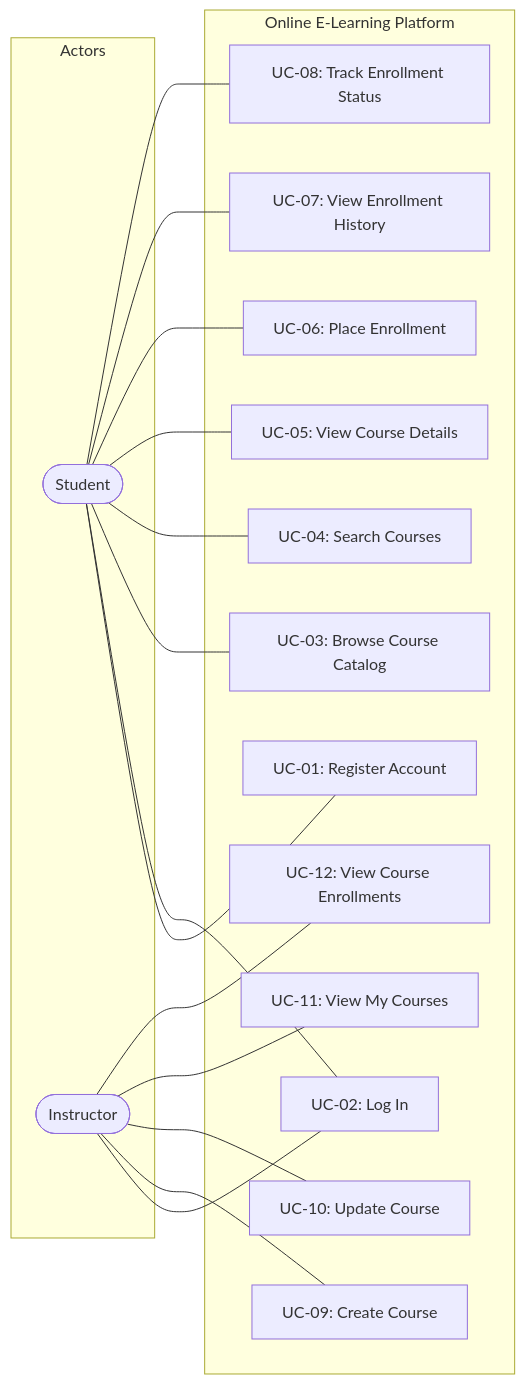
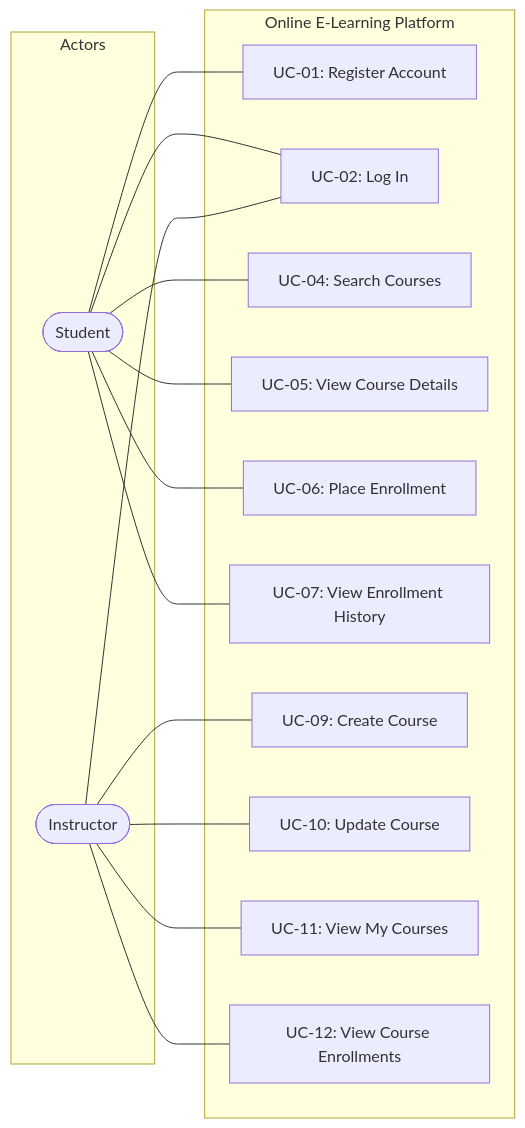
Before and after one commit to Kaitou-dev/lab02: the second of 3 diagrams in SRS_Online_E-Learning_Platform.md, drawn with Mermaid. The commit also changed other lines of this file, not shown here.

````diff
--- a/SRS_Online_E-Learning_Platform.md
+++ b/SRS_Online_E-Learning_Platform.md
@@ -89,37 +89,33 @@
 ```mermaid
 flowchart LR
     subgraph Actors
         S(["Student"])
         I(["Instructor"])
     end
 
     subgraph "Online E-Learning Platform"
         UC01["UC-01: Register Account"]
         UC02["UC-02: Log In"]
-        UC03["UC-03: Browse Course Catalog"]
         UC04["UC-04: Search Courses"]
         UC05["UC-05: View Course Details"]
         UC06["UC-06: Place Enrollment"]
         UC07["UC-07: View Enrollment History"]
-        UC08["UC-08: Track Enrollment Status"]
         UC09["UC-09: Create Course"]
         UC10["UC-10: Update Course"]
         UC11["UC-11: View My Courses"]
         UC12["UC-12: View Course Enrollments"]
     end
 
     S --- UC01
     S --- UC02
-    S --- UC03
     S --- UC04
     S --- UC05
     S --- UC06
     S --- UC07
-    S --- UC08
 
     I --- UC02
     I --- UC09
     I --- UC10
     I --- UC11
     I --- UC12
 ```
````
